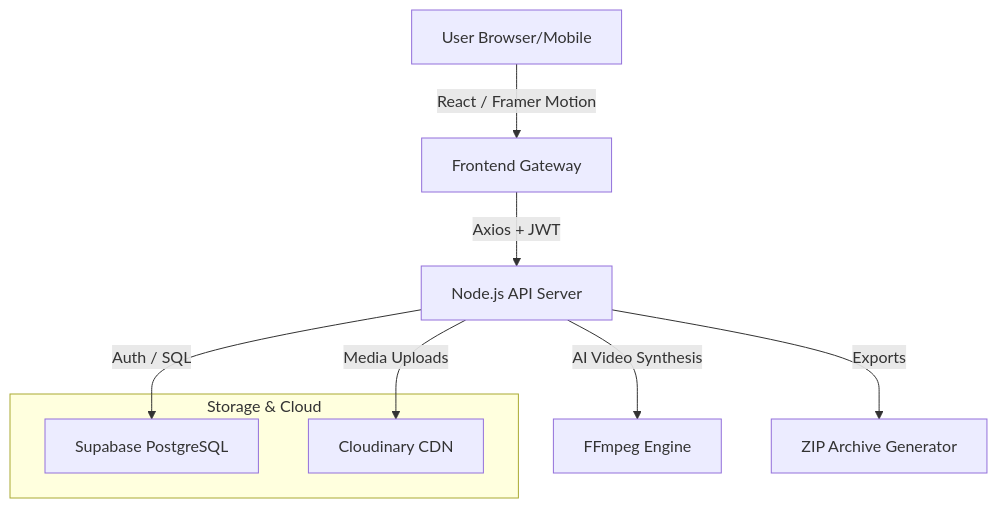
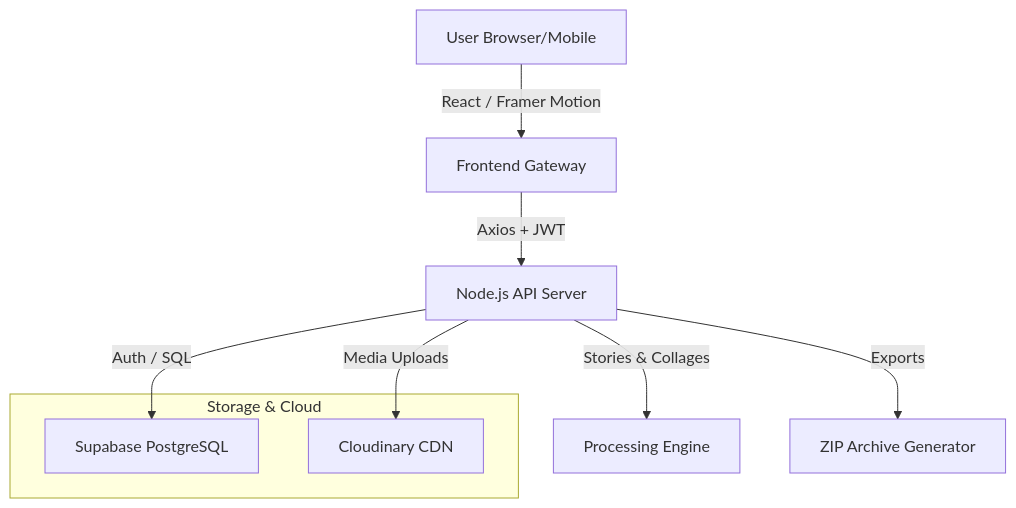
The diagram in README.md (khalida-thummala/MemoryLane_Personal), drawn with Mermaid before and after one commit. The commit also changed other lines of this file and 2 other files, not shown here.

Commit message:
synchronize root, frontend, and backend READMEs with new Stories, Reminisce, and Collage features

````diff
--- a/README.md
+++ b/README.md
@@ -62,14 +64,14 @@
 ```mermaid
 graph TD
     A[User Browser/Mobile] -->|React / Framer Motion| B[Frontend Gateway]
     B -->|Axios + JWT| C[Node.js API Server]
     C -->|Auth / SQL| D[Supabase PostgreSQL]
     C -->|Media Uploads| E[Cloudinary CDN]
-    C -->|AI Video Synthesis| F[FFmpeg Engine]
+    C -->|Stories & Collages| F[Processing Engine]
     C -->|Exports| G[ZIP Archive Generator]
     
     subgraph "Storage & Cloud"
     D
     E
     end
 ```
````
